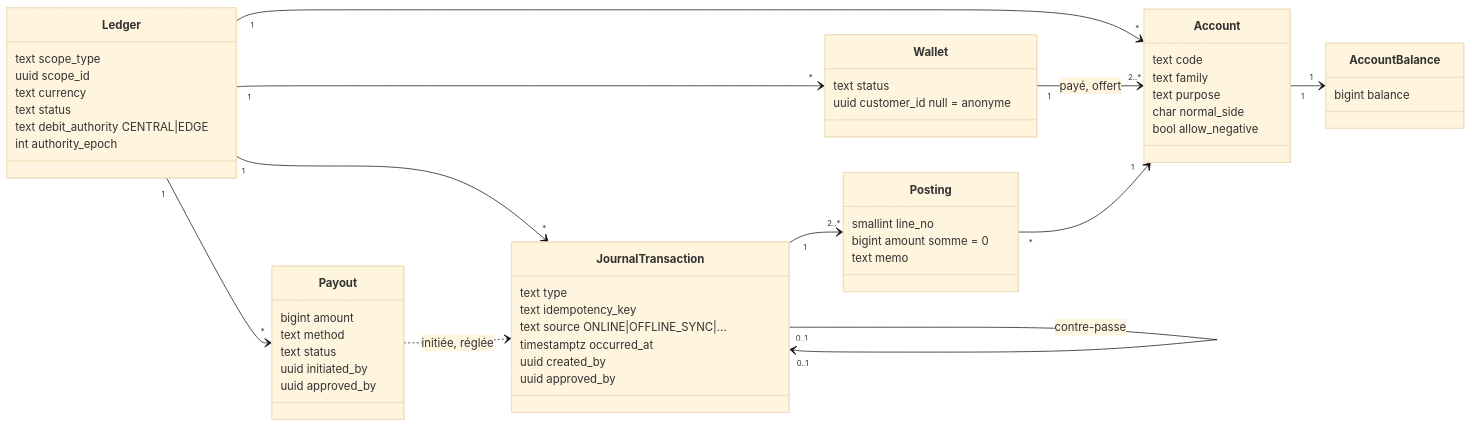
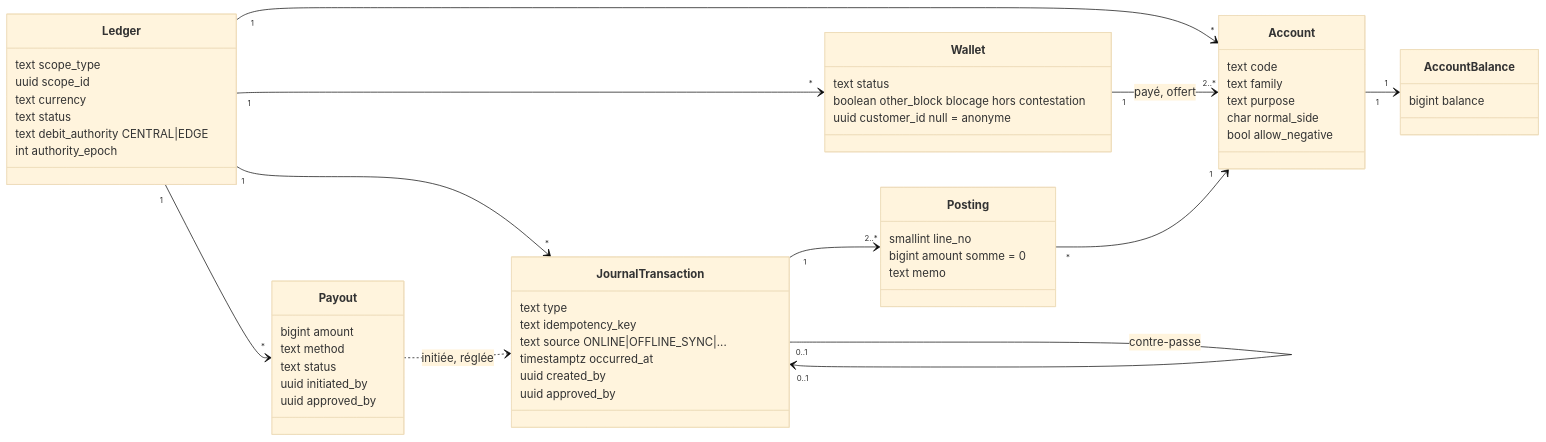
One commit to atrona8/cashless-platform changed the second of 7 diagrams in docs/09-class-diagram.md. Above: the diagram before and after it, drawn with Mermaid (base theme). The commit also changed other lines of this file and 12 other files, not shown here.

````diff
--- a/docs/09-class-diagram.md
+++ b/docs/09-class-diagram.md
@@ -120,57 +120,58 @@
 ```mermaid
 classDiagram
   direction LR
   class Ledger {
     text scope_type
     uuid scope_id
     text currency
     text status
     text debit_authority  CENTRAL|EDGE
     int authority_epoch
   }
   class Account {
     text code
     text family
     text purpose
     char normal_side
     bool allow_negative
   }
   class AccountBalance {
     bigint balance
   }
   class Wallet {
     text status
+    boolean other_block  blocage hors contestation
     uuid customer_id  null = anonyme
   }
   class JournalTransaction {
     text type
     text idempotency_key
     text source  ONLINE|OFFLINE_SYNC|...
     timestamptz occurred_at
     uuid created_by
     uuid approved_by
   }
   class Posting {
     smallint line_no
     bigint amount  somme = 0
     text memo
   }
   class Payout {
     bigint amount
     text method
     text status
     uuid initiated_by
     uuid approved_by
   }
 
   Ledger "1" --> "*" Account
   Ledger "1" --> "*" Wallet
   Wallet "1" --> "2..*" Account : payé, offert
   Account "1" --> "1" AccountBalance
   Ledger "1" --> "*" JournalTransaction
   JournalTransaction "1" --> "2..*" Posting
   Posting "*" --> "1" Account
   JournalTransaction "0..1" --> "0..1" JournalTransaction : contre-passe
   Ledger "1" --> "*" Payout
   Payout ..> JournalTransaction : initiée, réglée
 ```
````
